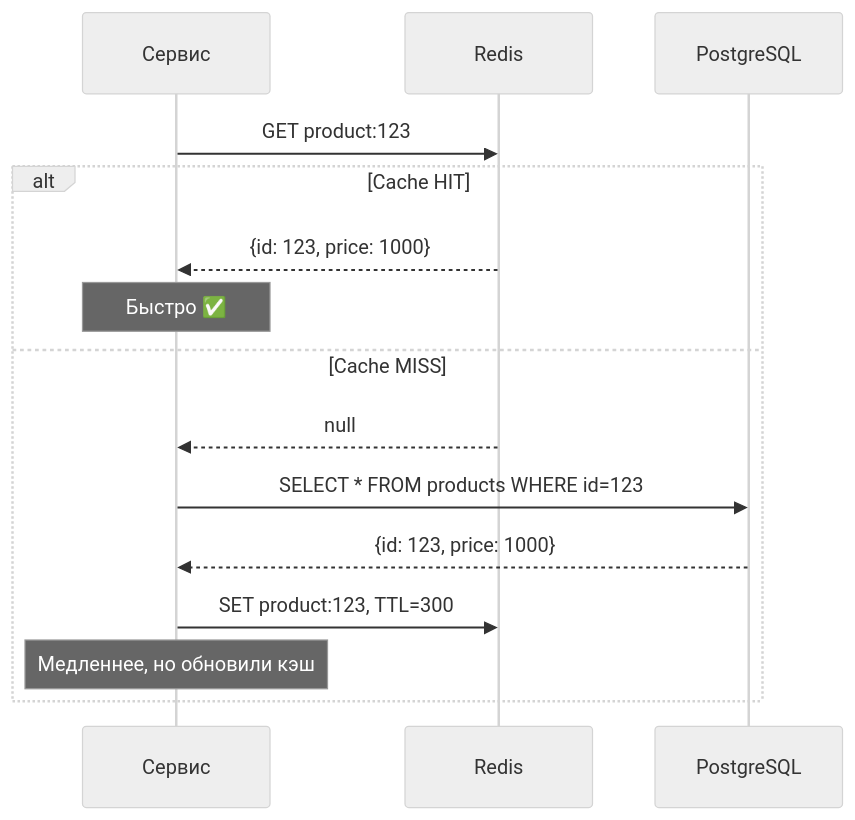
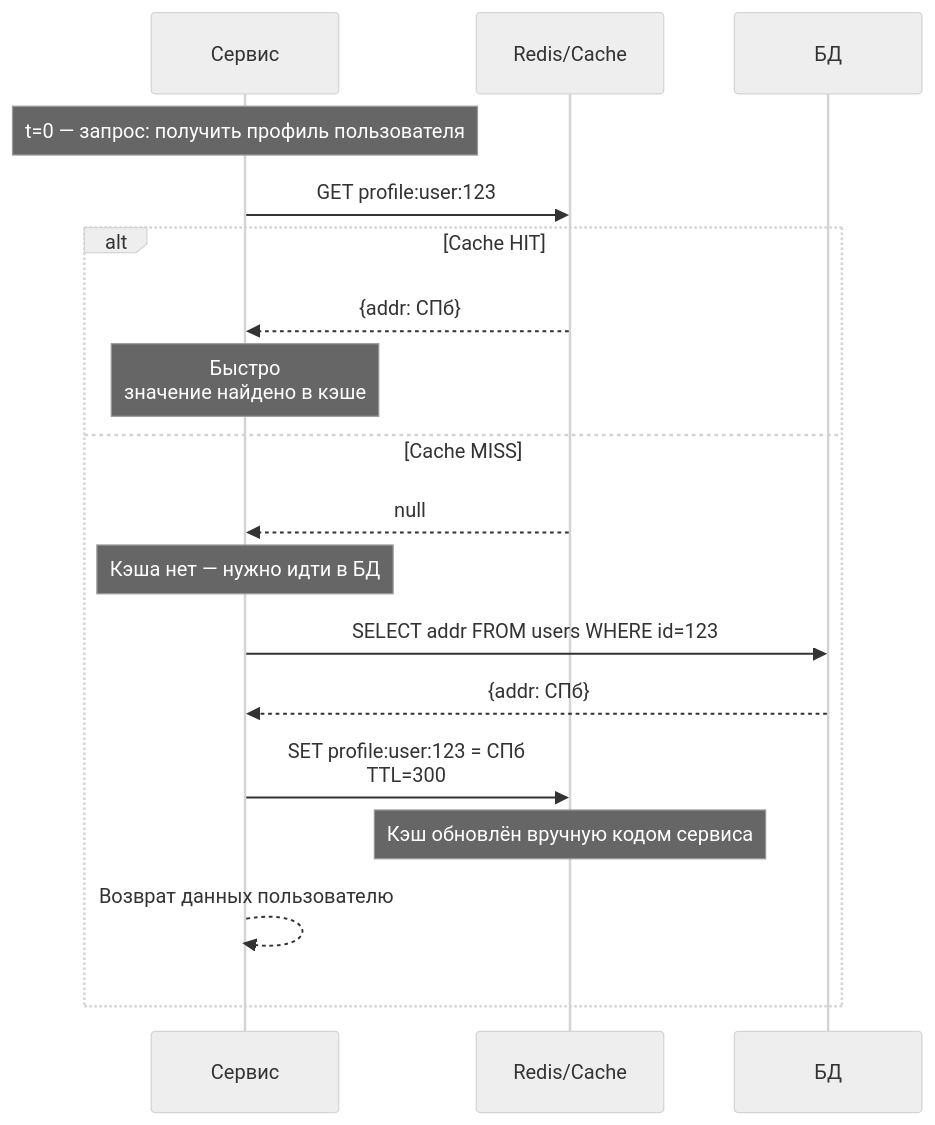
Before and after one commit to savinmikhail/advanced-system-design: the third of 11 diagrams in cache/readme1.md, drawn with Mermaid (neutral theme). The commit also changed other lines of this file, not shown here.

Commit message:
add mermaid

````diff
--- a/cache/readme1.md
+++ b/cache/readme1.md
@@ -211,19 +211,26 @@
 ```mermaid
 sequenceDiagram
-    participant Service as Сервис
-    participant Cache as Redis
-    participant DB as PostgreSQL
-    
-    Service->>Cache: GET product:123
-    
-    alt Cache HIT
-        Cache-->>Service: {id: 123, price: 1000}
-        Note over Service: Быстро ✅
-    else Cache MISS
-        Cache-->>Service: null
-        Service->>DB: SELECT * FROM products WHERE id=123
-        DB-->>Service: {id: 123, price: 1000}
-        Service->>Cache: SET product:123, TTL=300
-        Note over Service: Медленнее, но обновили кэш
-    end
+  participant Service as Сервис
+  participant Cache as Redis/Cache
+  participant DB as БД
+
+  Note over Service: t=0 — запрос: получить профиль пользователя
+
+  Service->>Cache: GET profile:user:123
+  alt Cache HIT
+    Cache-->>Service: {addr: СПб}
+    Note over Service: Быстро<br/>значение найдено в кэше
+  else Cache MISS
+    Cache-->>Service: null
+    Note over Service: Кэша нет — нужно идти в БД
+
+    Service->>DB: SELECT addr FROM users WHERE id=123
+    DB-->>Service: {addr: СПб}
+
+    Service->>Cache: SET profile:user:123 = СПб<br/>TTL=300
+    Note over Cache: Кэш обновлён вручную кодом сервиса
+
+    Service-->>Service: Возврат данных пользователю
+  end
+
 ```
````
